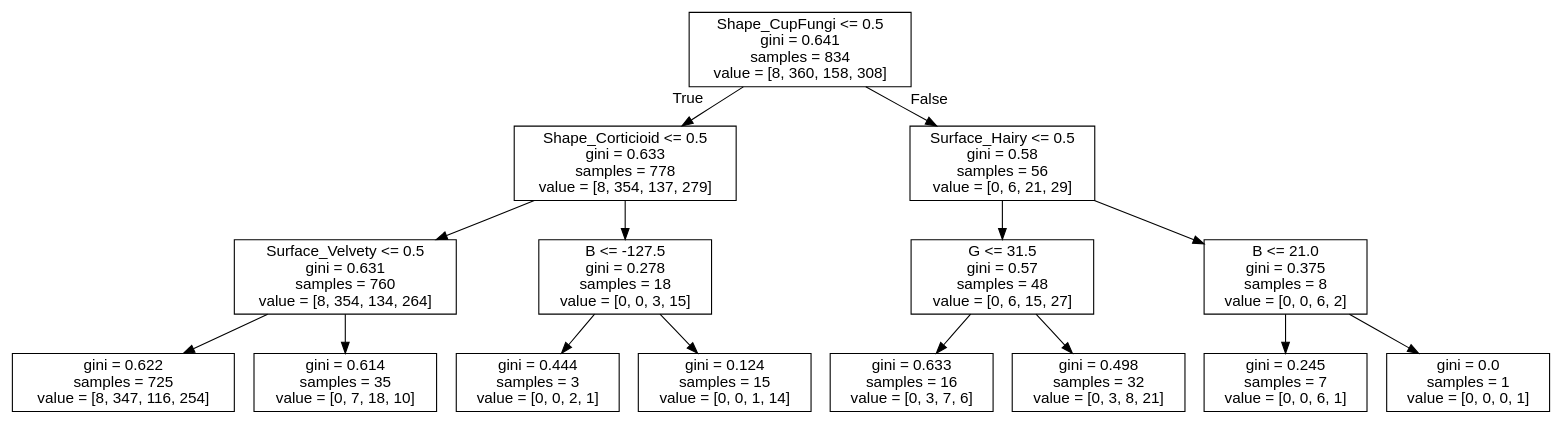
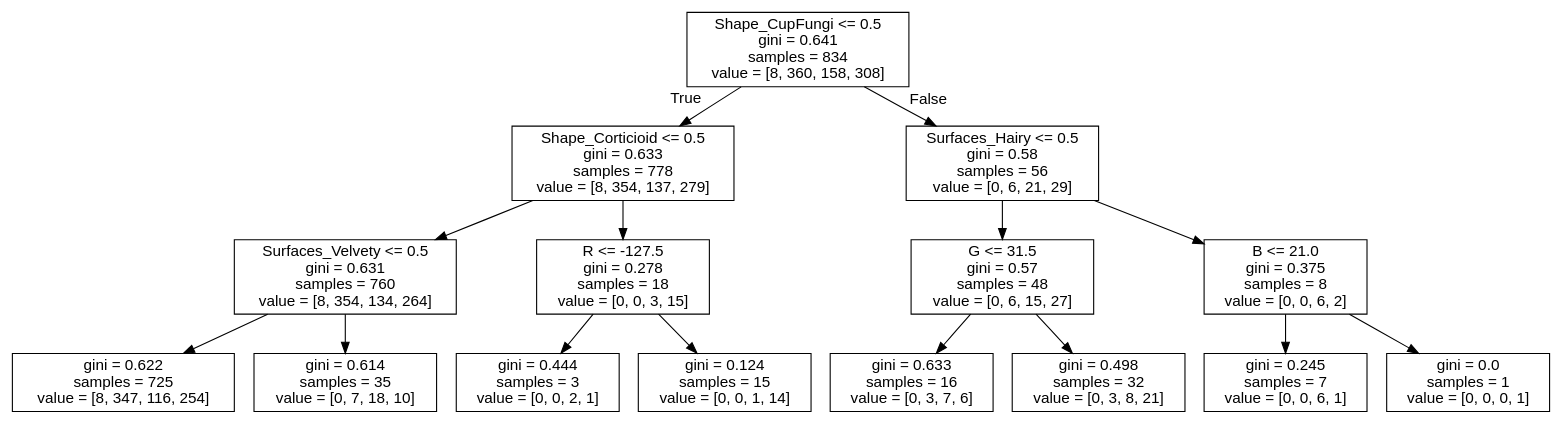
One commit to Evowind/ChamPygnon changed the diagram in decision_tree_graph.dot. Above: the diagram before and after it, drawn with Graphviz. The commit also changed 6 other files, not shown here.

```diff
--- a/decision_tree_graph.dot
+++ b/decision_tree_graph.dot
@@ -1,33 +1,33 @@
 digraph Tree {
 node [shape=box, fontname="helvetica"] ;
 edge [fontname="helvetica"] ;
 0 [label="Shape_CupFungi <= 0.5\ngini = 0.641\nsamples = 834\nvalue = [8, 360, 158, 308]"] ;
 1 [label="Shape_Corticioid <= 0.5\ngini = 0.633\nsamples = 778\nvalue = [8, 354, 137, 279]"] ;
 0 -> 1 [labeldistance=2.5, labelangle=45, headlabel="True"] ;
-2 [label="Surface_Velvety <= 0.5\ngini = 0.631\nsamples = 760\nvalue = [8, 354, 134, 264]"] ;
+2 [label="Surfaces_Velvety <= 0.5\ngini = 0.631\nsamples = 760\nvalue = [8, 354, 134, 264]"] ;
 1 -> 2 ;
 3 [label="gini = 0.622\nsamples = 725\nvalue = [8, 347, 116, 254]"] ;
 2 -> 3 ;
 4 [label="gini = 0.614\nsamples = 35\nvalue = [0, 7, 18, 10]"] ;
 2 -> 4 ;
-5 [label="B <= -127.5\ngini = 0.278\nsamples = 18\nvalue = [0, 0, 3, 15]"] ;
+5 [label="R <= -127.5\ngini = 0.278\nsamples = 18\nvalue = [0, 0, 3, 15]"] ;
 1 -> 5 ;
 6 [label="gini = 0.444\nsamples = 3\nvalue = [0, 0, 2, 1]"] ;
 5 -> 6 ;
 7 [label="gini = 0.124\nsamples = 15\nvalue = [0, 0, 1, 14]"] ;
 5 -> 7 ;
-8 [label="Surface_Hairy <= 0.5\ngini = 0.58\nsamples = 56\nvalue = [0, 6, 21, 29]"] ;
+8 [label="Surfaces_Hairy <= 0.5\ngini = 0.58\nsamples = 56\nvalue = [0, 6, 21, 29]"] ;
 0 -> 8 [labeldistance=2.5, labelangle=-45, headlabel="False"] ;
 9 [label="G <= 31.5\ngini = 0.57\nsamples = 48\nvalue = [0, 6, 15, 27]"] ;
 8 -> 9 ;
 10 [label="gini = 0.633\nsamples = 16\nvalue = [0, 3, 7, 6]"] ;
 9 -> 10 ;
 11 [label="gini = 0.498\nsamples = 32\nvalue = [0, 3, 8, 21]"] ;
 9 -> 11 ;
 12 [label="B <= 21.0\ngini = 0.375\nsamples = 8\nvalue = [0, 0, 6, 2]"] ;
 8 -> 12 ;
 13 [label="gini = 0.245\nsamples = 7\nvalue = [0, 0, 6, 1]"] ;
 12 -> 13 ;
 14 [label="gini = 0.0\nsamples = 1\nvalue = [0, 0, 0, 1]"] ;
 12 -> 14 ;
 }
```
